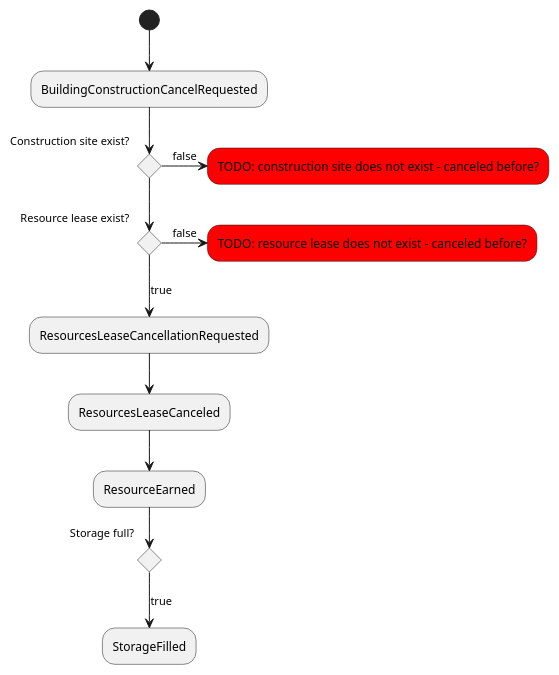
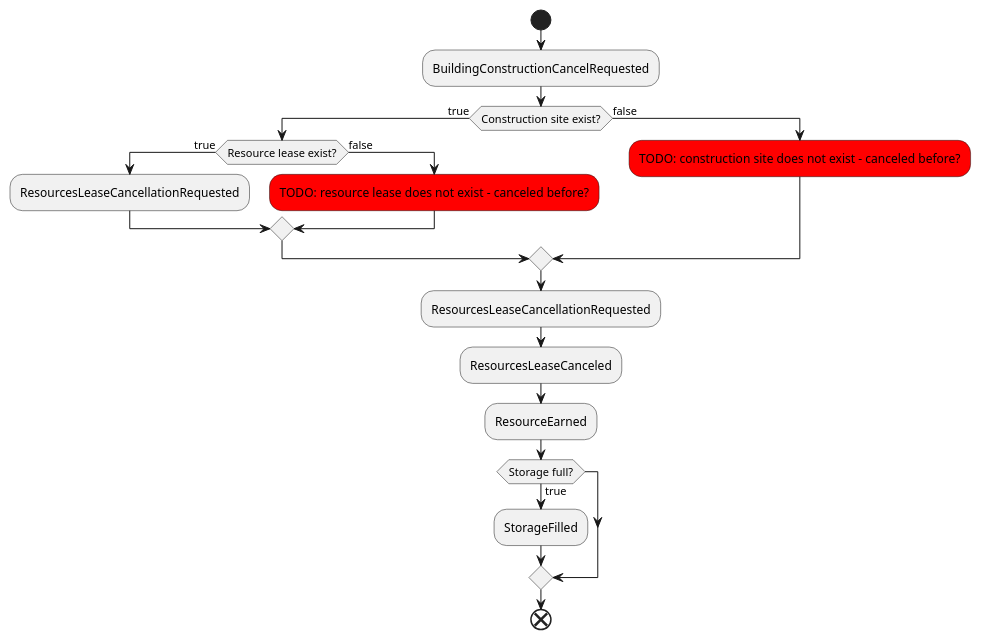
One commit to tomekbielaszewski/ogame-clone changed the diagram in docs/building-construction-cancellation-flow.puml. Above: the diagram before and after it, drawn with PlantUML.

Commit message:
docs: newer puml syntax in building construction cancellation flow chart

```diff
--- a/docs/building-construction-cancellation-flow.puml
+++ b/docs/building-construction-cancellation-flow.puml
@@ -1,26 +1,27 @@
 @startuml
 
-skinparam activity {
-  BackgroundColor<< Error >> Red
-}
+start
 
-(*) --> "BuildingConstructionCancelRequested"
+:BuildingConstructionCancelRequested;
 
-"BuildingConstructionCancelRequested" --> if "Construction site exist?" then
-    --> if "Resource lease exist?" then
-            --> [true] "ResourcesLeaseCancellationRequested"
-        else
-            -r-> [false] "TODO: resource lease does not exist - canceled before?" << Error >>
-        endif
-else
-    -r-> [false] "TODO: construction site does not exist - canceled before?" << Error >>
+if (Construction site exist?) then (true)
+    if (Resource lease exist?) then (true)
+        :ResourcesLeaseCancellationRequested;
+    else (false)
+        #red:TODO: resource lease does not exist - canceled before?;
+    endif
+else (false)
+    #red:TODO: construction site does not exist - canceled before?;
 endif
 
-"ResourcesLeaseCancellationRequested" --> "ResourcesLeaseCanceled"
---> "ResourceEarned"
+:ResourcesLeaseCancellationRequested;
+:ResourcesLeaseCanceled;
+:ResourceEarned;
 
-if "Storage full?" then
-    --> [true] "StorageFilled"
+if (Storage full?) then (true)
+    :StorageFilled;
 endif
 
+end
+
 @enduml
```
